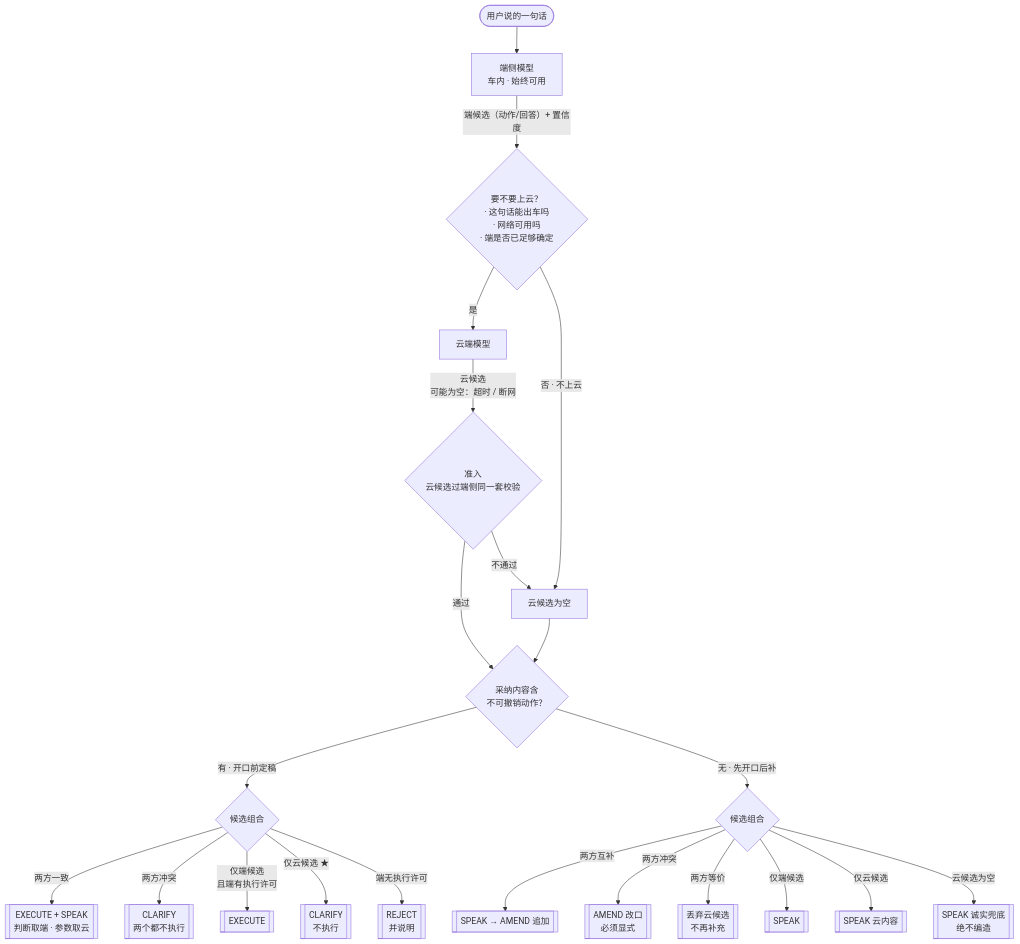
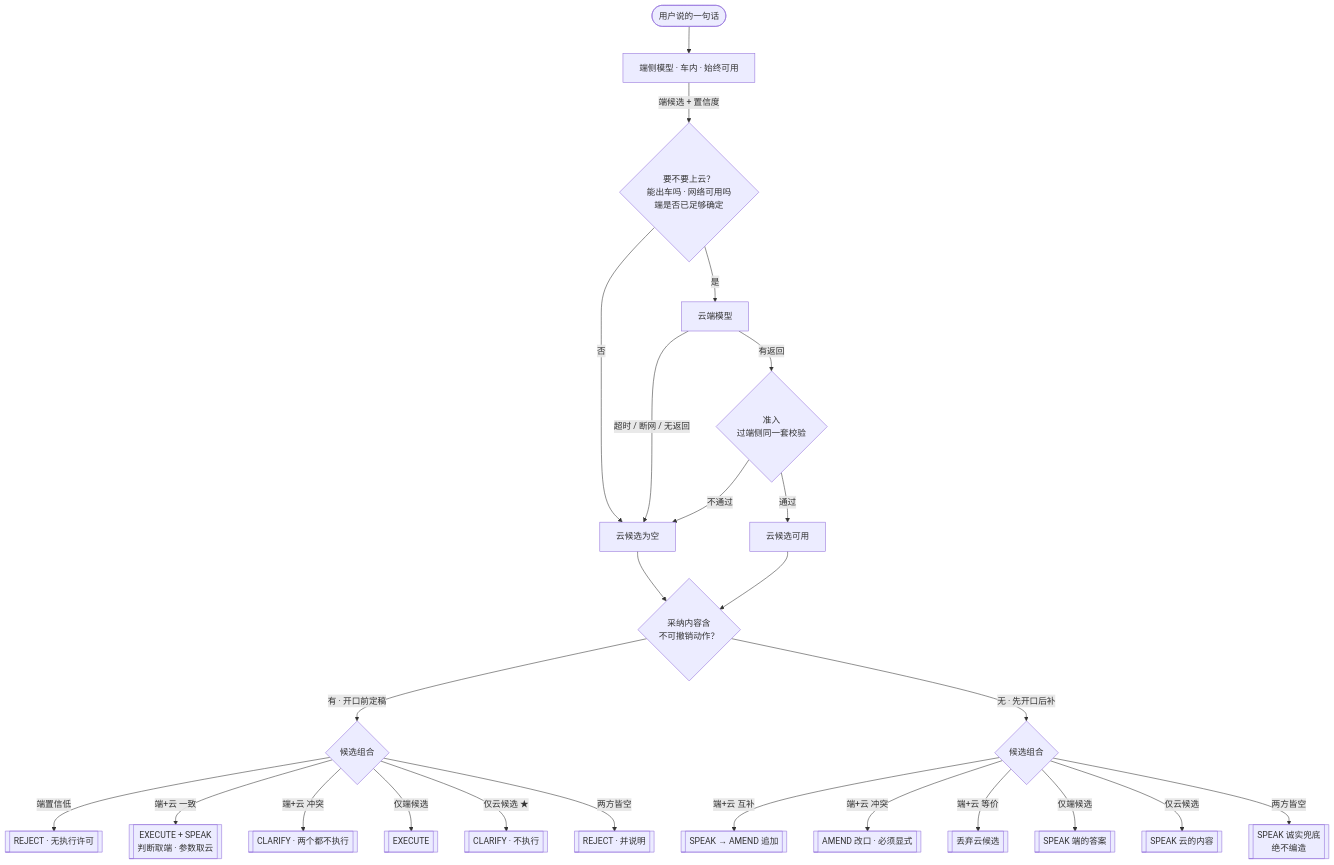
The diagram in docs/superpowers/specs/2026-07-26-edge-cloud-arbitration-design.md (vinc-lin/text-to-function), drawn with Mermaid before and after one commit. The commit also changed other lines of this file, not shown here.

First line of the commit message:
docs: 仲裁图改为跨平台 Markdown，并修正候选组合的穷举

````diff
--- a/docs/superpowers/specs/2026-07-26-edge-cloud-arbitration-design.md
+++ b/docs/superpowers/specs/2026-07-26-edge-cloud-arbitration-design.md
@@ -69,26 +205,29 @@
 ```mermaid
 flowchart TD
-  U(["用户说的一句话"]) --> EDGE["端侧模型<br/>车内 · 始终可用"]
-  EDGE -- "端候选（动作/回答）+ 置信度" --> ASK{"要不要上云？<br/>· 这句话能出车吗<br/>· 网络可用吗<br/>· 端是否已足够确定"}
+  U(["用户说的一句话"]) --> EDGE["端侧模型 · 车内 · 始终可用"]
+  EDGE -- "端候选 + 置信度" --> ASK{"要不要上云？<br/>能出车吗 · 网络可用吗<br/>端是否已足够确定"}
+  ASK -- "否" --> VOID["云候选为空"]
   ASK -- "是" --> CLOUD["云端模型"]
-  CLOUD -- "云候选<br/>可能为空：超时 / 断网" --> ADM{"准入<br/>云候选过端侧同一套校验"}
-  ADM -- "不通过" --> VOID["云候选为空"]
-  ASK -- "否 · 不上云" --> VOID
-  ADM -- "通过" --> SIDE{"采纳内容含<br/>不可撤销动作？"}
-  VOID --> SIDE
+  CLOUD -- "超时 / 断网 / 无返回" --> VOID
+  CLOUD -- "有返回" --> ADM{"准入<br/>过端侧同一套校验"}
+  ADM -- "不通过" --> VOID
+  ADM -- "通过" --> OK["云候选可用"]
+  VOID --> SIDE{"采纳内容含<br/>不可撤销动作？"}
+  OK --> SIDE
 
   SIDE -- "有 · 开口前定稿" --> Y{"候选组合"}
-  Y -- "两方一致" --> Y1[["EXECUTE + SPEAK<br/>判断取端 · 参数取云"]]
-  Y -- "两方冲突" --> Y2[["CLARIFY<br/>两个都不执行"]]
-  Y -- "仅端候选<br/>且端有执行许可" --> Y3[["EXECUTE"]]
-  Y -- "仅云候选 ★" --> Y4[["CLARIFY<br/>不执行"]]
-  Y -- "端无执行许可" --> Y5[["REJECT<br/>并说明"]]
+  Y -- "端置信低" --> Y0[["REJECT · 无执行许可"]]
+  Y -- "端+云 一致" --> Y1[["EXECUTE + SPEAK<br/>判断取端 · 参数取云"]]
+  Y -- "端+云 冲突" --> Y2[["CLARIFY · 两个都不执行"]]
+  Y -- "仅端候选" --> Y3[["EXECUTE"]]
+  Y -- "仅云候选 ★" --> Y4[["CLARIFY · 不执行"]]
+  Y -- "两方皆空" --> Y5[["REJECT · 并说明"]]
 
   SIDE -- "无 · 先开口后补" --> N{"候选组合"}
-  N -- "两方互补" --> N1[["SPEAK → AMEND 追加"]]
-  N -- "两方冲突" --> N2[["AMEND 改口<br/>必须显式"]]
-  N -- "两方等价" --> N6[["丢弃云候选<br/>不再补充"]]
-  N -- "仅端候选" --> N3[["SPEAK"]]
-  N -- "仅云候选" --> N4[["SPEAK 云内容"]]
-  N -- "云候选为空" --> N5[["SPEAK 诚实兜底<br/>绝不编造"]]
+  N -- "端+云 互补" --> N1[["SPEAK → AMEND 追加"]]
+  N -- "端+云 冲突" --> N2[["AMEND 改口 · 必须显式"]]
+  N -- "端+云 等价" --> N3[["丢弃云候选"]]
+  N -- "仅端候选" --> N4[["SPEAK 端的答案"]]
+  N -- "仅云候选" --> N5[["SPEAK 云的内容"]]
+  N -- "两方皆空" --> N6[["SPEAK 诚实兜底<br/>绝不编造"]]
 ```
````
